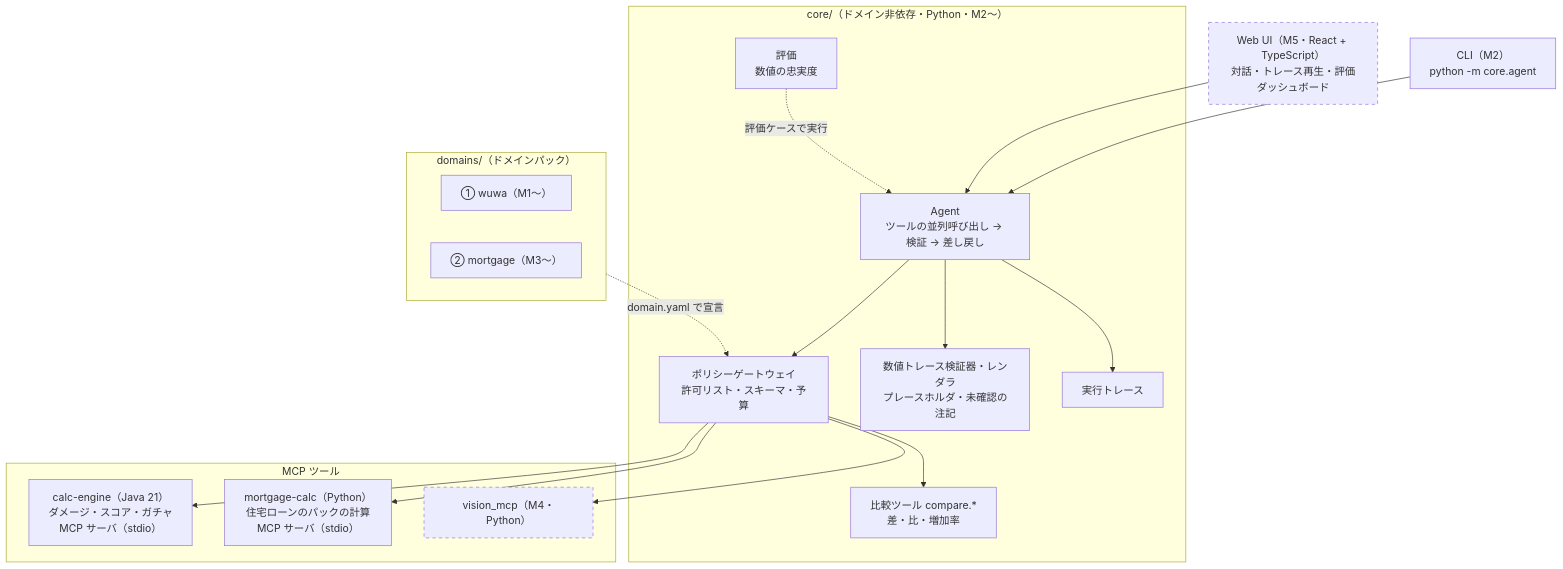
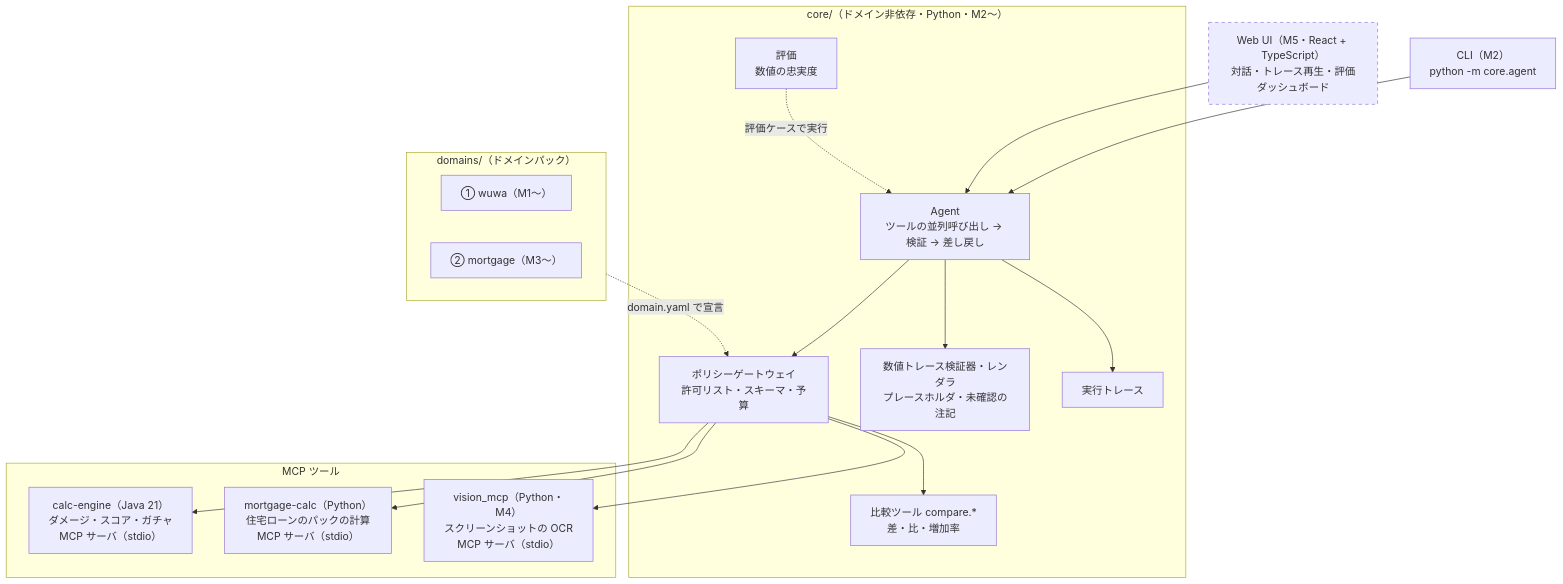
The first of 2 diagrams in docs/architecture.md (hexinlong9981/echolab), drawn with Mermaid before and after one commit. The commit also changed other lines of this file and 15 other files, not shown here.

````diff
--- a/docs/architecture.md
+++ b/docs/architecture.md
@@ -11,32 +11,32 @@
 ```mermaid
 flowchart TB
   CLI["CLI（M2）<br/>python -m core.agent"]
   UI["Web UI（M5・React + TypeScript）<br/>対話・トレース再生・評価ダッシュボード"]
   subgraph core["core/（ドメイン非依存・Python・M2〜）"]
     AG["Agent<br/>ツールの並列呼び出し → 検証 → 差し戻し"]
     GW["ポリシーゲートウェイ<br/>許可リスト・スキーマ・予算"]
     VF["数値トレース検証器・レンダラ<br/>プレースホルダ・未確認の注記"]
     CMP["比較ツール compare.*<br/>差・比・増加率"]
     EV["評価<br/>数値の忠実度"]
     TR["実行トレース"]
   end
   subgraph tools["MCP ツール"]
     CE["calc-engine（Java 21）<br/>ダメージ・スコア・ガチャ<br/>MCP サーバ（stdio）"]
     MC["mortgage-calc（Python）<br/>住宅ローンのパックの計算<br/>MCP サーバ（stdio）"]
-    VM["vision_mcp（M4・Python）"]
+    VM["vision_mcp（Python・M4）<br/>スクリーンショットの OCR<br/>MCP サーバ（stdio）"]
   end
   subgraph domains["domains/（ドメインパック）"]
     D1["① wuwa（M1〜）"]
     D3["② mortgage（M3〜）"]
   end
   CLI --> AG
   UI --> AG
   AG --> GW --> CE & MC & CMP & VM
   AG --> VF
   AG --> TR
   domains -. "domain.yaml で宣言" .-> GW
   EV -. "評価ケースで実行" .-> AG
 
   classDef planned stroke-dasharray: 5 5
-  class UI,VM planned
+  class UI planned
 ```
````
